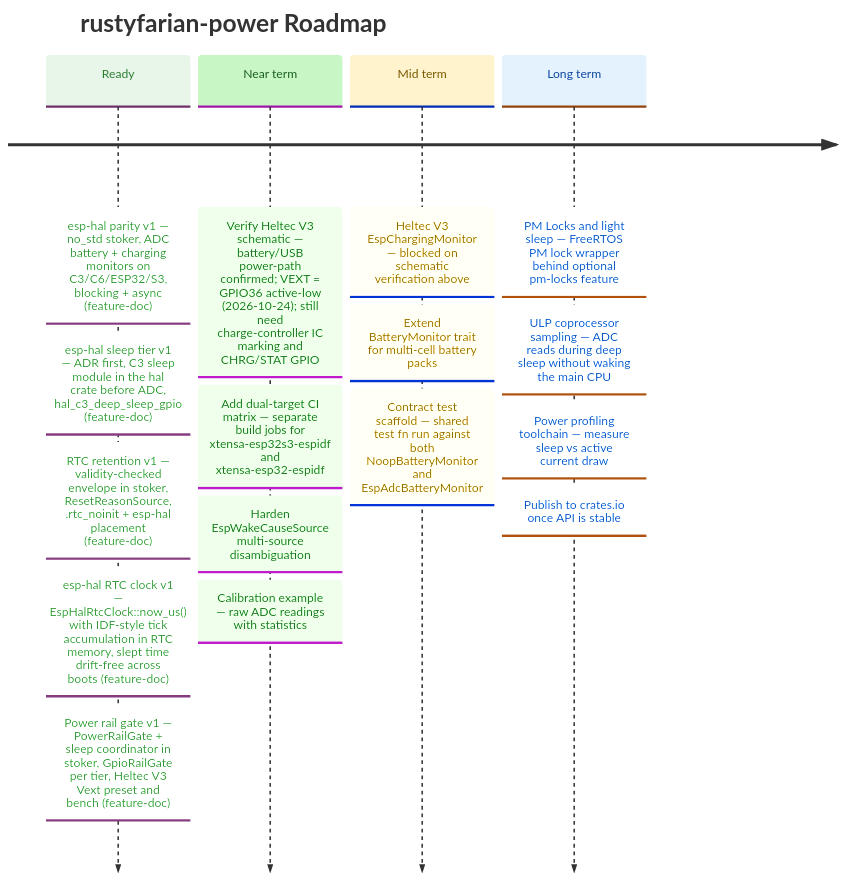
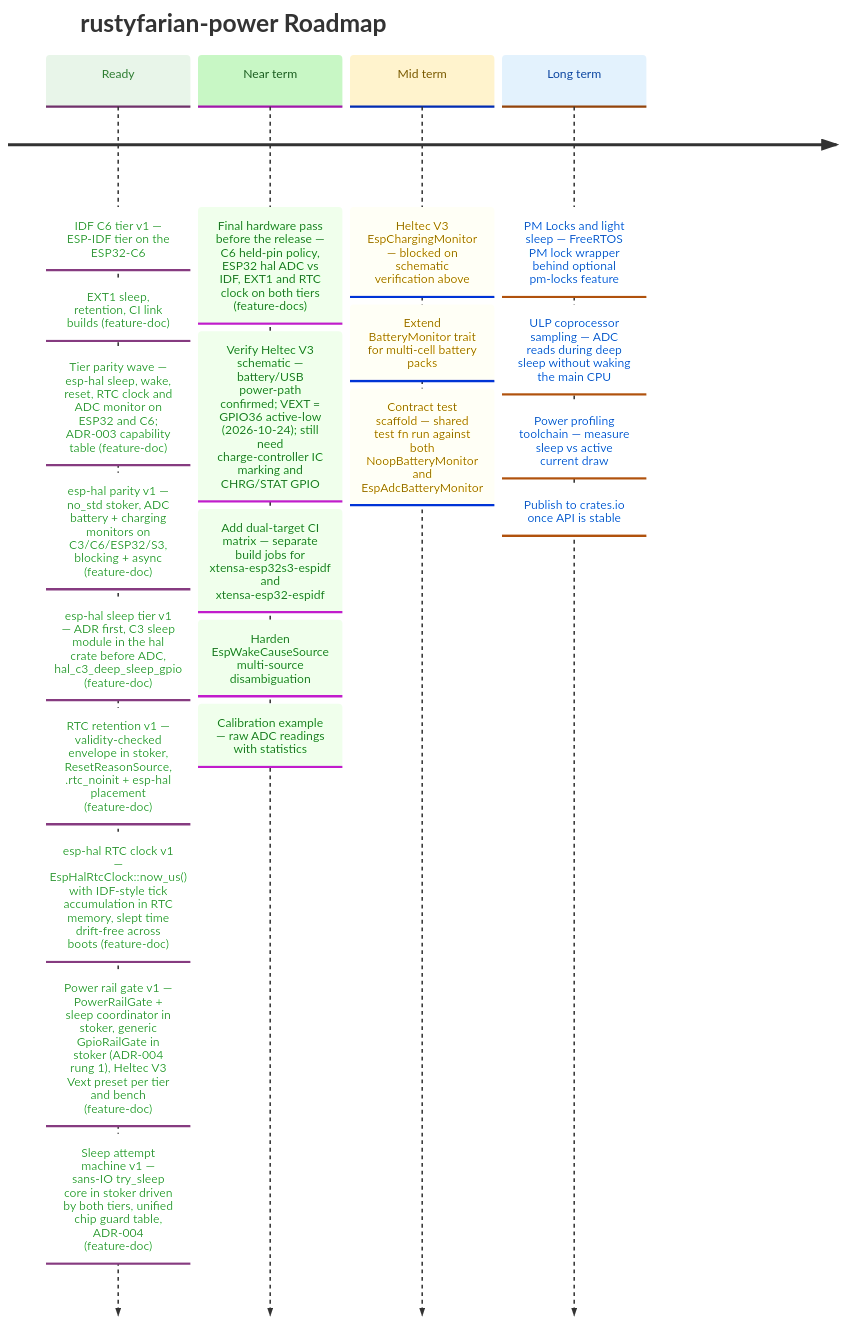
The diagram in docs/ROADMAP.md (datenkollektiv/rustyfarian-power), drawn with Mermaid before and after one commit. The commit also changed other lines of this file and 53 other files, not shown here.

Commit message:
Shared tier logic follows a three-rung ladder across all four chips

````diff
--- a/docs/ROADMAP.md
+++ b/docs/ROADMAP.md
@@ -12,38 +12,42 @@
 ```mermaid
 %%{init: {
   "theme": "base",
   "themeVariables": {
     "cScale0": "#e8f5e9",
     "cScaleLabel0": "#2e7d32",
     "cScale1": "#c8f7c5",
     "cScaleLabel1": "#1b5e20",
     "cScale2": "#fff3cd",
     "cScaleLabel2": "#7a5a00",
     "cScale3": "#e3f2fd",
     "cScaleLabel3": "#0d47a1"
   }
 }}%%
 
 timeline
     title rustyfarian-power Roadmap
 
-    Ready     : esp-hal parity v1 — no_std stoker, ADC battery + charging monitors on C3/C6/ESP32/S3, blocking + async (feature-doc)
+    Ready     : IDF C6 tier v1 — ESP-IDF tier on the ESP32-C6: EXT1 sleep, retention, CI link builds (feature-doc)
+              : Tier parity wave — esp-hal sleep, wake, reset, RTC clock and ADC monitor on ESP32 and C6; ADR-003 capability table (feature-doc)
+              : esp-hal parity v1 — no_std stoker, ADC battery + charging monitors on C3/C6/ESP32/S3, blocking + async (feature-doc)
               : esp-hal sleep tier v1 — ADR first, C3 sleep module in the hal crate before ADC, hal_c3_deep_sleep_gpio (feature-doc)
               : RTC retention v1 — validity-checked envelope in stoker, ResetReasonSource, .rtc_noinit + esp-hal placement (feature-doc)
               : esp-hal RTC clock v1 — EspHalRtcClock::now_us() with IDF-style tick accumulation in RTC memory, slept time drift-free across boots (feature-doc)
-              : Power rail gate v1 — PowerRailGate + sleep coordinator in stoker, GpioRailGate per tier, Heltec V3 Vext preset and bench (feature-doc)
+              : Power rail gate v1 — PowerRailGate + sleep coordinator in stoker, generic GpioRailGate in stoker (ADR-004 rung 1), Heltec V3 Vext preset per tier and bench (feature-doc)
+              : Sleep attempt machine v1 — sans-IO try_sleep core in stoker driven by both tiers, unified chip guard table, ADR-004 (feature-doc)
 
-    Near term : Verify Heltec V3 schematic — battery/USB power-path confirmed; VEXT = GPIO36 active-low (2026-10-24); still need charge-controller IC marking and CHRG/STAT GPIO
+    Near term : Final hardware pass before the release — C6 held-pin policy, ESP32 hal ADC vs IDF, EXT1 and RTC clock on both tiers (feature-docs)
+              : Verify Heltec V3 schematic — battery/USB power-path confirmed; VEXT = GPIO36 active-low (2026-10-24); still need charge-controller IC marking and CHRG/STAT GPIO
               : Add dual-target CI matrix — separate build jobs for xtensa-esp32s3-espidf and xtensa-esp32-espidf
               : Harden EspWakeCauseSource multi-source disambiguation
               : Calibration example — raw ADC readings with statistics
 
     Mid term  : Heltec V3 EspChargingMonitor — blocked on schematic verification above
               : Extend BatteryMonitor trait for multi-cell battery packs
               : Contract test scaffold — shared test fn run against both NoopBatteryMonitor and EspAdcBatteryMonitor
 
     Long term : PM Locks and light sleep — FreeRTOS PM lock wrapper behind optional pm-locks feature
               : ULP coprocessor sampling — ADC reads during deep sleep without waking the main CPU
               : Power profiling toolchain — measure sleep vs active current draw
               : Publish to crates.io once API is stable
 ```
````
